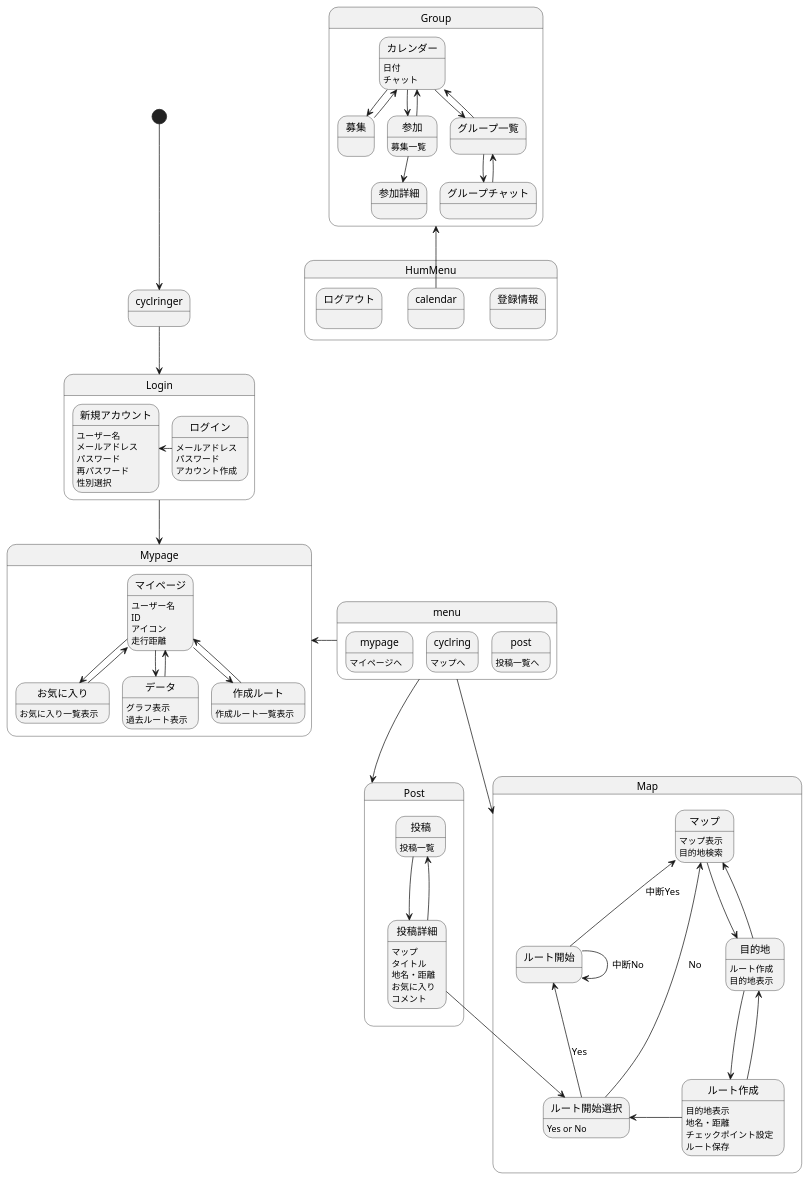
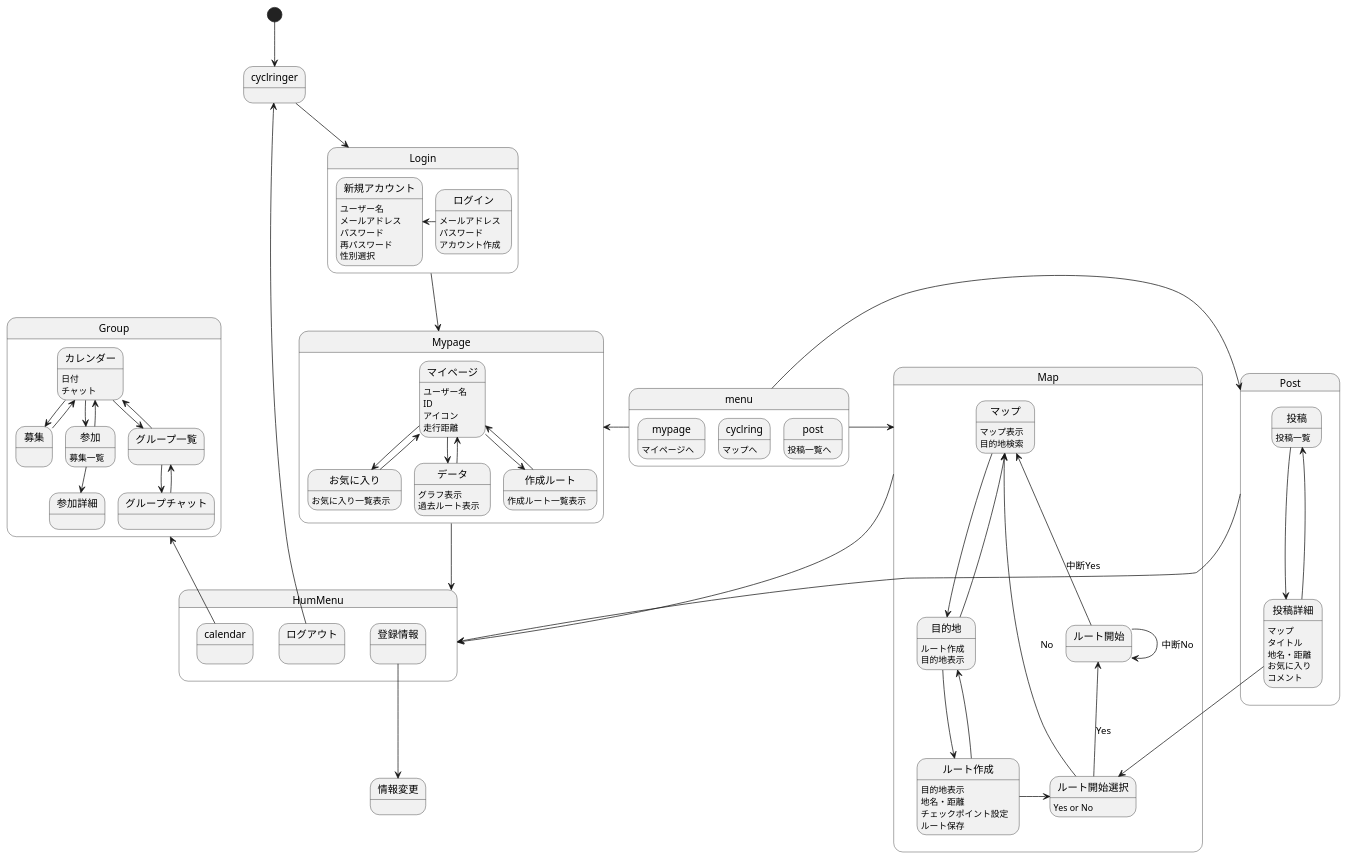
One commit to AsoSD3A3/CyclingSystem changed the diagram in 画面遷移図/gm.md. Above: the diagram before and after it, drawn with PlantUML.

```diff
--- a/画面遷移図/gm.md
+++ b/画面遷移図/gm.md
@@ -15,7 +15,13 @@
 ログアウト:
 }
 
+Mypage-->HumMenu
+Map-->HumMenu
+Post-->HumMenu
+
+登録情報-->情報変更
 calendar-up->Group
+ログアウト-->cyclringer
 
 state Group{
 カレンダー:日付
```
